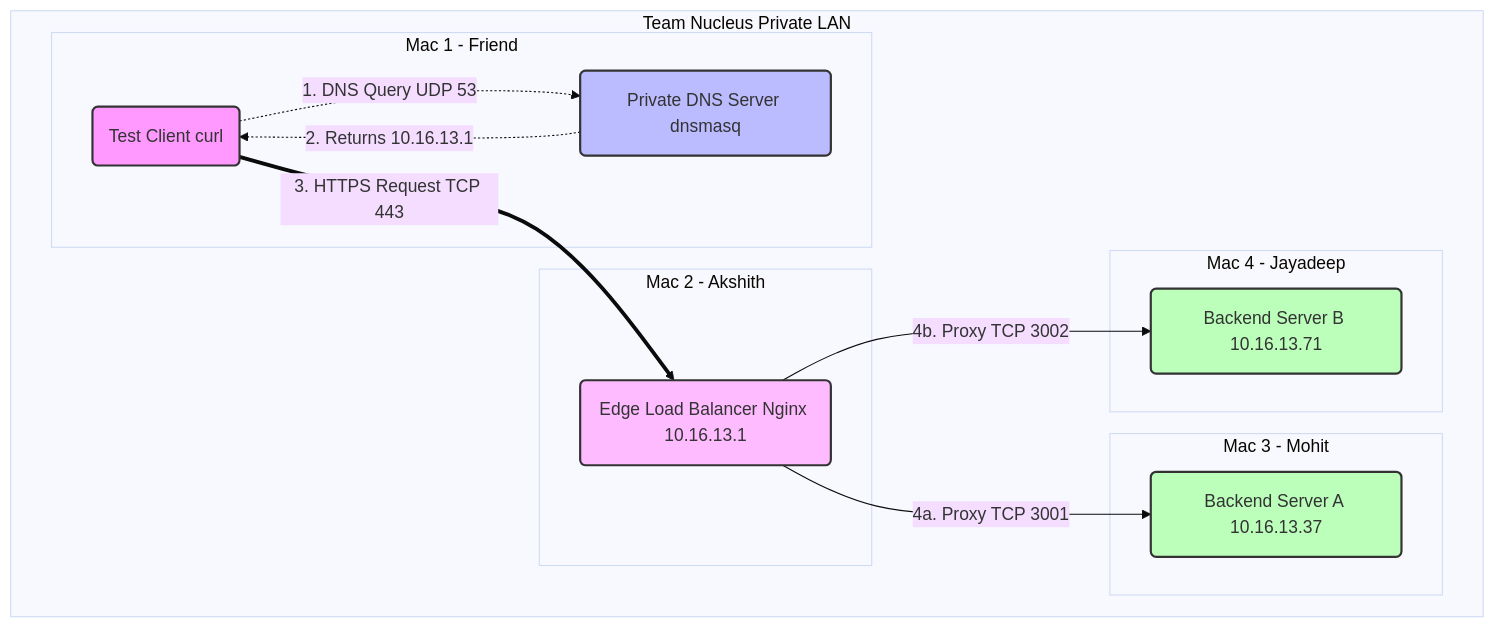
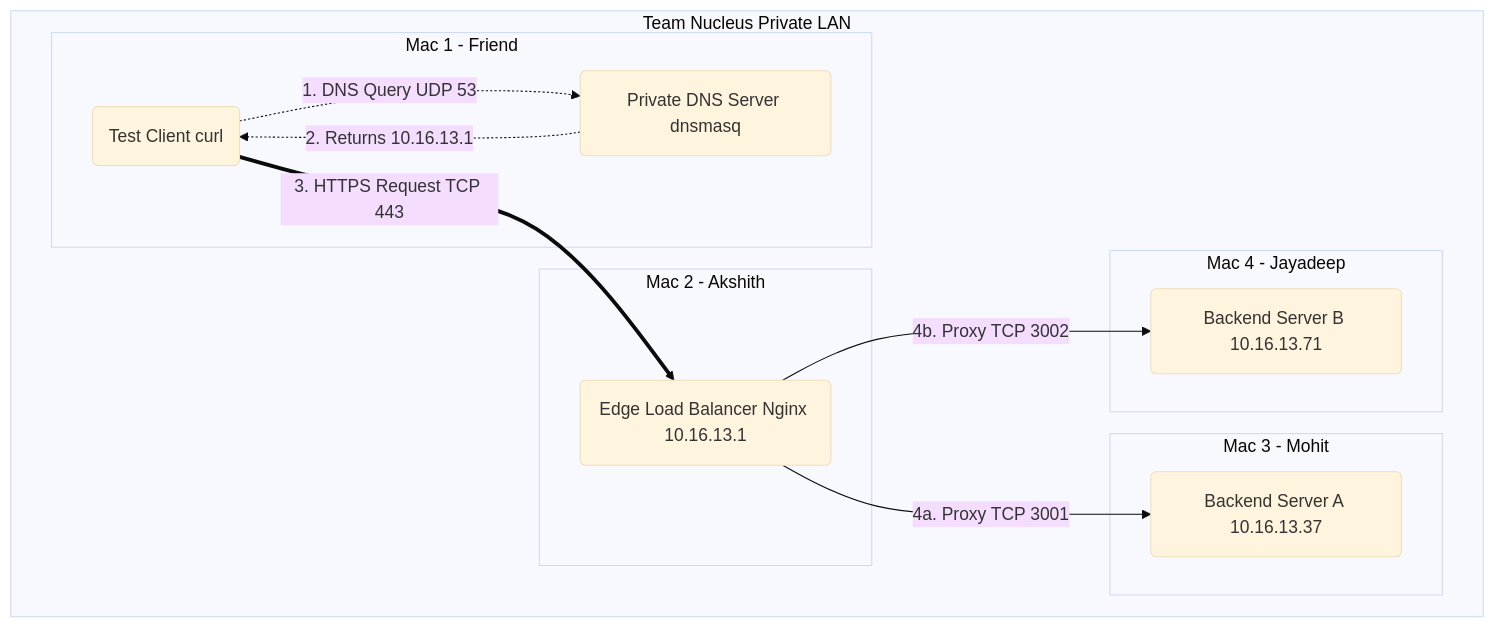
The first of 2 diagrams in docs/Architecture_Document.md (Akshith17323/Computer_Networks_Project), drawn with Mermaid (base theme) before and after one commit.

Commit message:
refactor: remove styling definitions from architecture diagram in documentation

````diff
--- a/docs/Architecture_Document.md
+++ b/docs/Architecture_Document.md
@@ -13,38 +13,32 @@
 ```mermaid
 flowchart LR
-    %% Styles
-    classDef client fill:#f9f,stroke:#333,stroke-width:2px;
-    classDef dns fill:#bbf,stroke:#333,stroke-width:2px;
-    classDef proxy fill:#fbf,stroke:#333,stroke-width:2px;
-    classDef backend fill:#bfb,stroke:#333,stroke-width:2px;
-
     subgraph LAN [Team Nucleus Private LAN]
         direction LR
         
         subgraph Mac1 [Mac 1 - Friend]
-            Client(Test Client curl):::client
-            DNS(Private DNS Server dnsmasq):::dns
+            Client(Test Client curl)
+            DNS(Private DNS Server dnsmasq)
         end
 
         subgraph Mac2 [Mac 2 - Akshith]
-            Edge(Edge Load Balancer Nginx 10.16.13.1):::proxy
+            Edge(Edge Load Balancer Nginx 10.16.13.1)
         end
 
         subgraph Mac3 [Mac 3 - Mohit]
-            BackendA(Backend Server A 10.16.13.37):::backend
+            BackendA(Backend Server A 10.16.13.37)
         end
 
         subgraph Mac4 [Mac 4 - Jayadeep]
-            BackendB(Backend Server B 10.16.13.71):::backend
+            BackendB(Backend Server B 10.16.13.71)
         end
 
         %% Connections
         Client -.->|1. DNS Query UDP 53| DNS
         DNS -.->|2. Returns 10.16.13.1| Client
         
         Client == 3. HTTPS Request TCP 443 ==> Edge
         
         Edge -->|4a. Proxy TCP 3001| BackendA
         Edge -->|4b. Proxy TCP 3002| BackendB
     end
 ```
````
